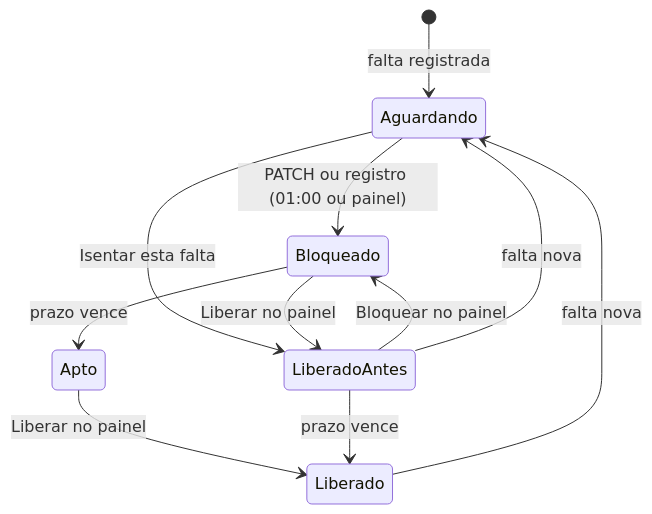
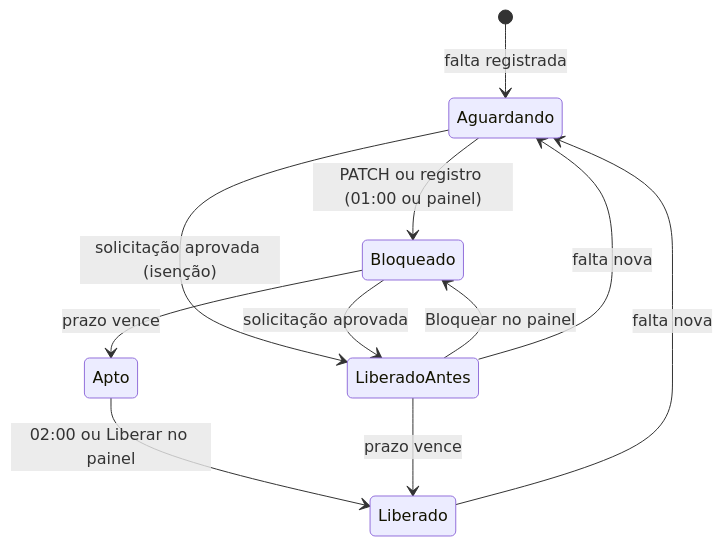
One commit to clariens/painel-integracao-desbloqueio-CNN-web changed the diagram in docs/front-end.md. Above: the diagram before and after it, drawn with Mermaid. The commit also changed other lines of this file and 91 other files, not shown here.

````diff
--- a/docs/front-end.md
+++ b/docs/front-end.md
@@ -41,13 +44,13 @@
 ```mermaid
 stateDiagram-v2
     [*] --> Aguardando: falta registrada
     Aguardando --> Bloqueado: PATCH ou registro (01:00 ou painel)
-    Aguardando --> LiberadoAntes: Isentar esta falta
+    Aguardando --> LiberadoAntes: solicitação aprovada (isenção)
     Bloqueado --> Apto: prazo vence
-    Bloqueado --> LiberadoAntes: Liberar no painel
-    Apto --> Liberado: Liberar no painel
+    Bloqueado --> LiberadoAntes: solicitação aprovada
+    Apto --> Liberado: 02:00 ou Liberar no painel
     LiberadoAntes --> Bloqueado: Bloquear no painel
     LiberadoAntes --> Liberado: prazo vence
     LiberadoAntes --> Aguardando: falta nova
     Liberado --> Aguardando: falta nova
 ```
````
